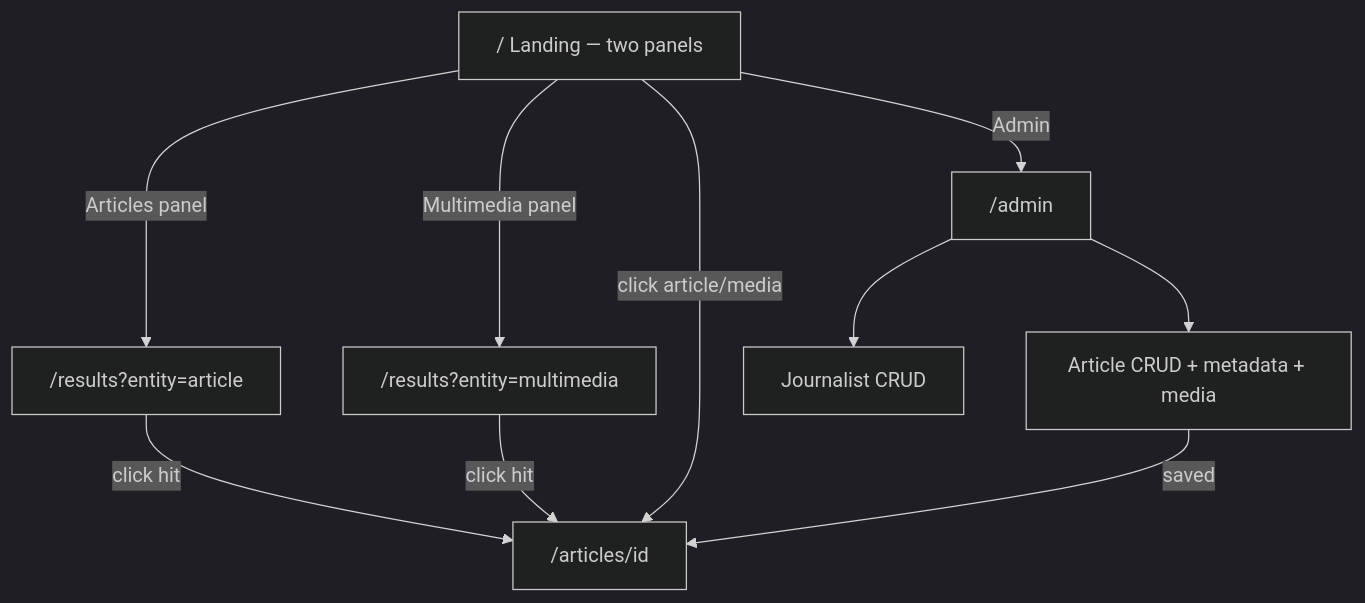
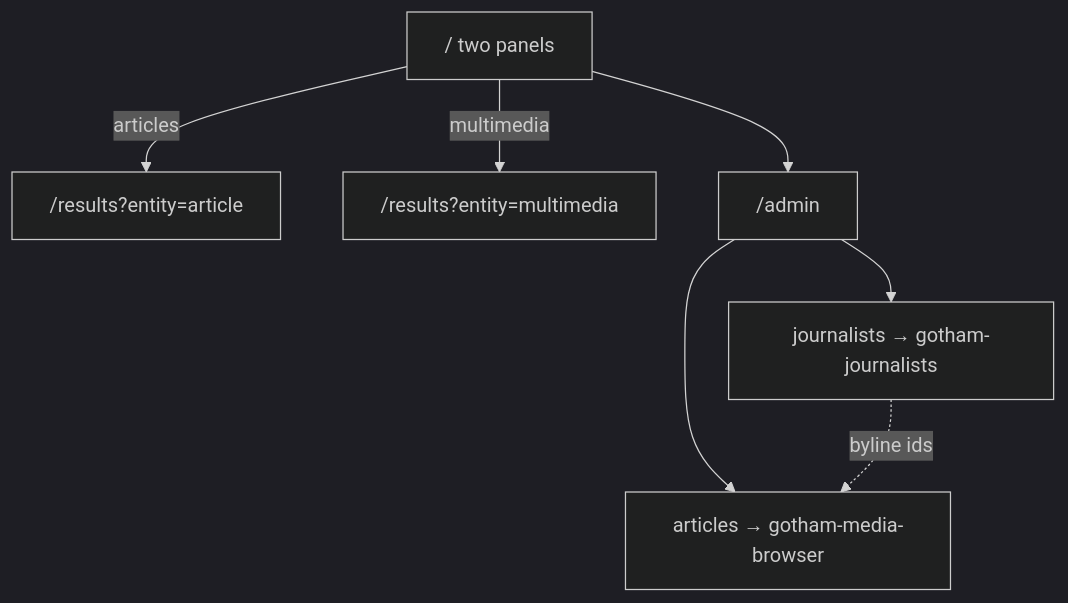
Before and after one commit to bigfito/gotham-media-browser: the diagram in docs/frontend-information-architecture.md, drawn with Mermaid (dark theme). The commit also changed other lines of this file and 6 other files, not shown here.

First line of the commit message:
Align design to ES-only dual-index architecture

````diff
--- a/docs/frontend-information-architecture.md
+++ b/docs/frontend-information-architecture.md
@@ -162,13 +80,10 @@
 ```mermaid
 flowchart TD
-  L["/ Landing — two panels"]
-  L -->|Articles panel| RA["/results?entity=article"]
-  L -->|Multimedia panel| RM["/results?entity=multimedia"]
-  L -->|click article/media| D["/articles/id"]
-  RA -->|click hit| D
-  RM -->|click hit| D
-  L -->|Admin| A["/admin"]
-  A --> J["Journalist CRUD"]
-  A --> C["Article CRUD + metadata + media"]
-  C -->|saved| D
+  L["/ two panels"]
+  L -->|articles| RA["/results?entity=article"]
+  L -->|multimedia| RM["/results?entity=multimedia"]
+  L --> A["/admin"]
+  A --> J["journalists → gotham-journalists"]
+  A --> C["articles → gotham-media-browser"]
+  J -.->|byline ids| C
 ```
````
